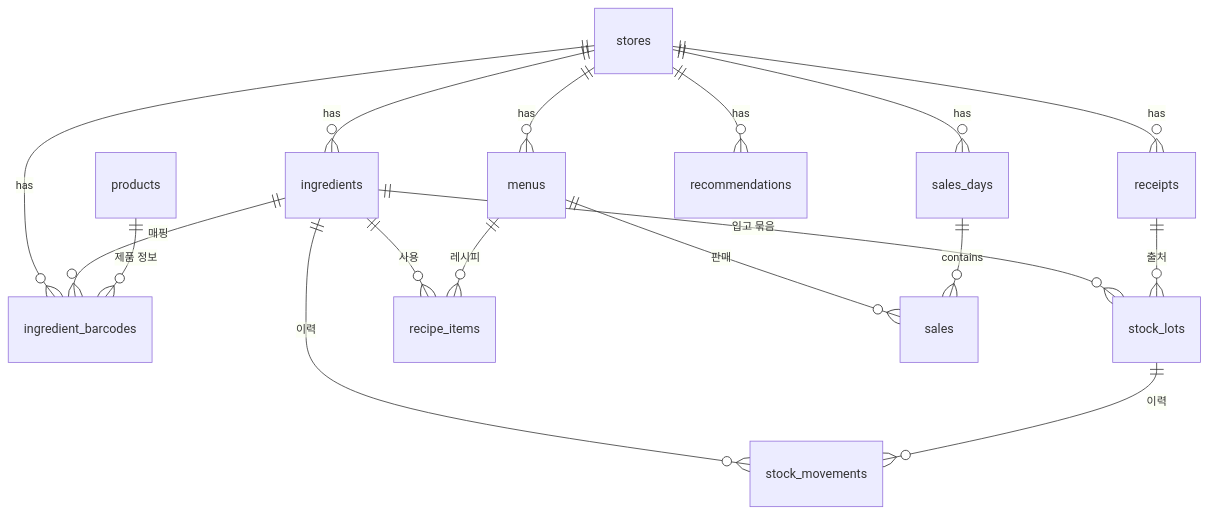
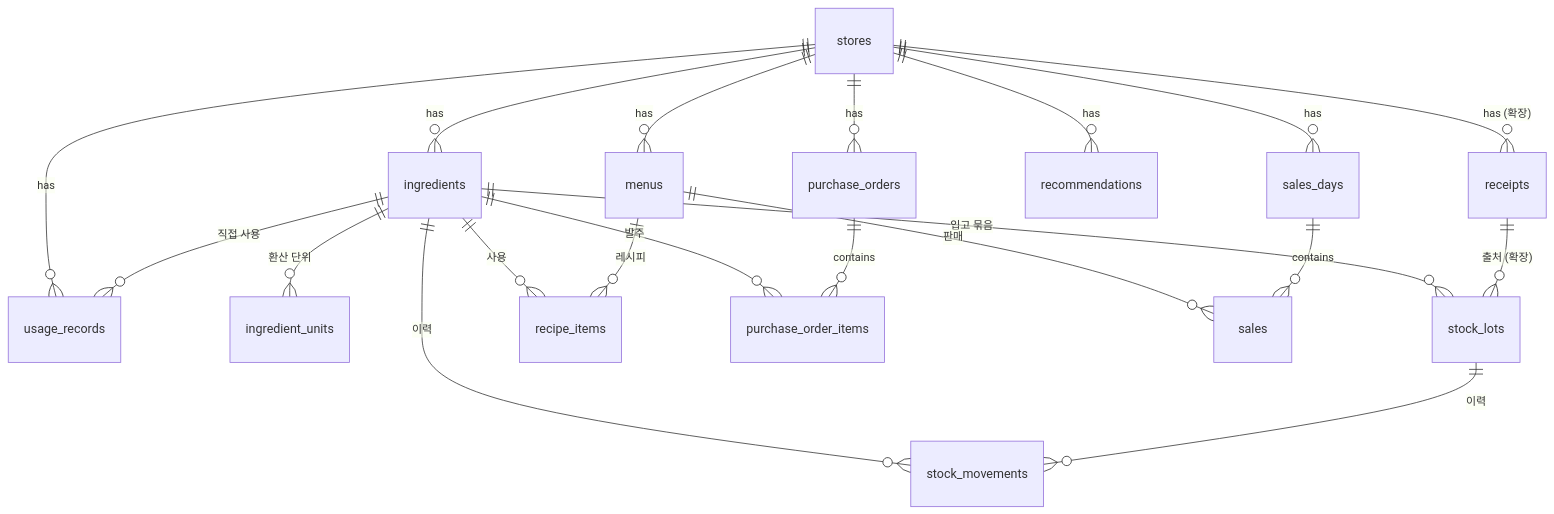
The diagram in docs/07_DB.md (semicolon213/infood), drawn with Mermaid before and after one commit. The commit also changed other lines of this file and 8 other files, not shown here.

````diff
--- a/docs/07_DB.md
+++ b/docs/07_DB.md
@@ -15,19 +14,22 @@
 ```mermaid
 erDiagram
     stores ||--o{ ingredients : has
     stores ||--o{ menus : has
-    stores ||--o{ receipts : has
     stores ||--o{ sales_days : has
+    stores ||--o{ usage_records : has
+    stores ||--o{ purchase_orders : has
     stores ||--o{ recommendations : has
-    stores ||--o{ ingredient_barcodes : has
+    ingredients ||--o{ ingredient_units : "환산 단위"
     ingredients ||--o{ stock_lots : "입고 묶음"
     ingredients ||--o{ stock_movements : "이력"
     ingredients ||--o{ recipe_items : "사용"
-    ingredients ||--o{ ingredient_barcodes : "매핑"
+    ingredients ||--o{ usage_records : "직접 사용"
+    ingredients ||--o{ purchase_order_items : "발주"
     stock_lots ||--o{ stock_movements : "이력"
-    receipts ||--o{ stock_lots : "출처"
     menus ||--o{ recipe_items : "레시피"
     menus ||--o{ sales : "판매"
     sales_days ||--o{ sales : contains
-    products ||--o{ ingredient_barcodes : "제품 정보"
+    purchase_orders ||--o{ purchase_order_items : contains
+    stores ||--o{ receipts : "has (확장)"
+    receipts ||--o{ stock_lots : "출처 (확장)"
 ```
````
